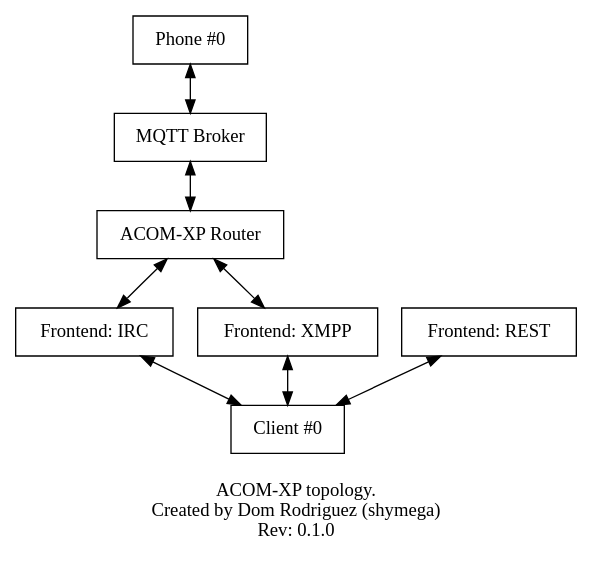
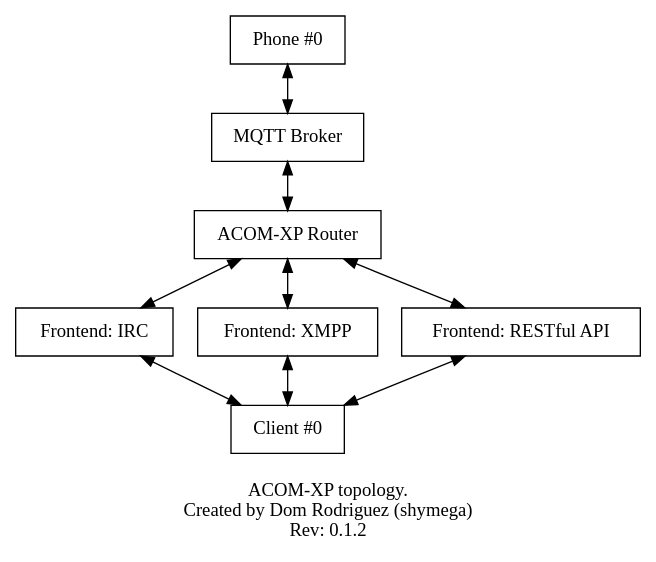
The diagram in diagrams/router.dot (XAMS-Project/XAMS), drawn with Graphviz before and after one commit.

Commit message:
Update Graphviz config

```diff
--- a/diagrams/router.dot
+++ b/diagrams/router.dot
@@ -1,23 +1,24 @@
 digraph Router {
-    graph [overlap=false, splines=true]
     phone0 [shape=record,label="Phone #0"];
+
     broker [shape=record,label="MQTT Broker"];
     router [shape=record,label="ACOM-XP Router"];
+
     frt_irc [shape=record,label="Frontend: IRC"];
     frt_xmpp [shape=record,label="Frontend: XMPP"];
-    frt_rest [shape=record,label="Frontend: REST"];
+    frt_rest [shape=record,label="Frontend: RESTful API"];
 
-    phone0 -> broker [dir="both"];
-    broker -> router [dir="both"];
+    phone0 -> broker -> router [dir="both"];
 
     router -> frt_irc [dir="both"];
     router -> frt_xmpp [dir="both"];
+    router -> frt_rest [dir="both"];
 
     client0 [shape=record,label="Client #0"];
 
     frt_irc -> client0 [dir="both"];
     frt_xmpp -> client0 [dir="both"];
     frt_rest -> client0 [dir="both"]
 
-    label = "\nACOM-XP topology.\nCreated by Dom Rodriguez (shymega)\nRev: 0.1.0"
+    label = "\nACOM-XP topology.\nCreated by Dom Rodriguez (shymega)\nRev: 0.1.2"
 }
```
